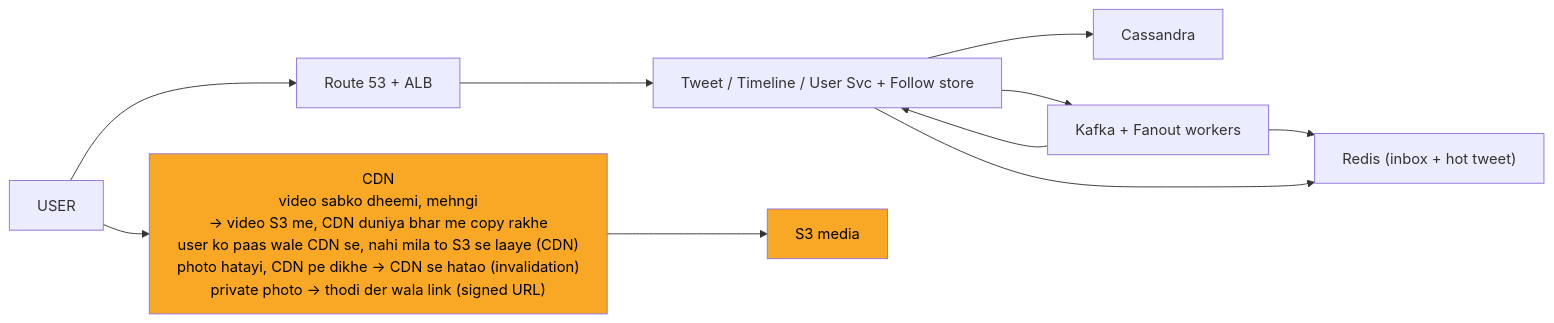
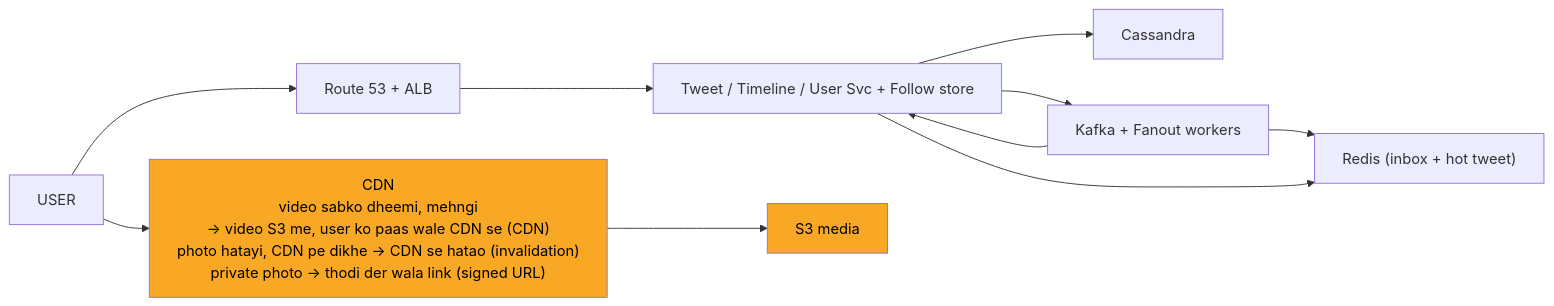
One commit to ArpanMaheshwari144/Prep changed the diagram in 04_HLD/SYSTEM_DESIGNS/03_twitter_feed/img/c10.mmd. Above: the diagram before and after it, drawn with Mermaid. The commit also changed 42 other files, not shown here.

```diff
--- a/04_HLD/SYSTEM_DESIGNS/03_twitter_feed/img/c10.mmd
+++ b/04_HLD/SYSTEM_DESIGNS/03_twitter_feed/img/c10.mmd
@@ -1,21 +1,21 @@
 %%{init: {"flowchart": {"wrappingWidth": 450}}}%%
 flowchart LR
     n_USER["USER"]
     n_EDGE["Route 53 + ALB"]
-    n_CDN["CDN<br/>video sabko dheemi, mehngi<br/>-> video S3 me, CDN duniya bhar me copy rakhe<br/>user ko paas wale CDN se, nahi mila to S3 se laaye (CDN)<br/>photo hatayi, CDN pe dikhe -> CDN se hatao (invalidation)<br/>private photo -> thodi der wala link (signed URL)"]
+    n_CDN["CDN<br/>video sabko dheemi, mehngi<br/>-> video S3 me, user ko paas wale CDN se (CDN)<br/>photo hatayi, CDN pe dikhe -> CDN se hatao (invalidation)<br/>private photo -> thodi der wala link (signed URL)"]
     n_SVC["Tweet / Timeline / User Svc + Follow store"]
     n_Cassandra["Cassandra"]
     n_FAN["Kafka + Fanout workers"]
     n_RI["Redis (inbox + hot tweet)"]
     n_S3["S3 media"]
     n_USER --> n_EDGE
     n_EDGE --> n_SVC
     n_SVC --> n_Cassandra
     n_SVC --> n_FAN
     n_FAN --> n_RI
     n_SVC --> n_RI
     n_FAN --> n_SVC
     n_USER --> n_CDN
     n_CDN --> n_S3
     style n_CDN fill:#f9a825,color:#000
     style n_S3 fill:#f9a825,color:#000
```
